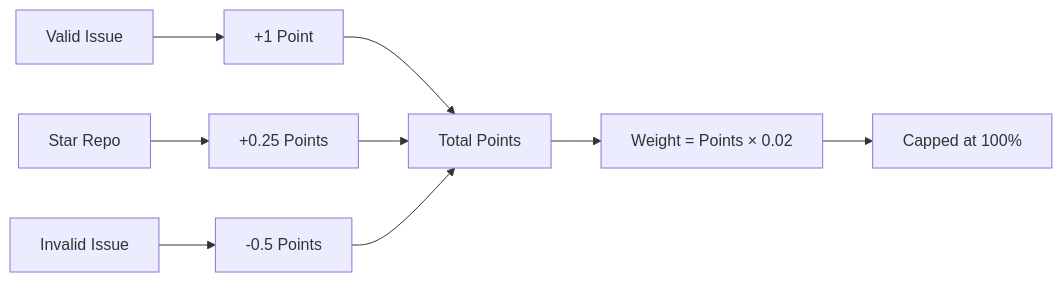
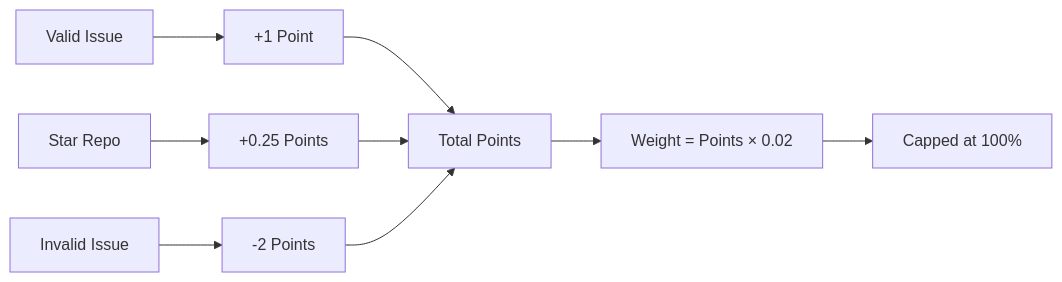
The diagram in docs/reference/scoring.md (PlatformNetwork/bounty-challenge), drawn with Mermaid before and after one commit. The commit also changed other lines of this file and 4 other files, not shown here.

First line of the commit message:
feat: update invalid issue penalty from 0.5 to 2.0

````diff
--- a/docs/reference/scoring.md
+++ b/docs/reference/scoring.md
@@ -256,11 +256,11 @@
 ```mermaid
 flowchart LR
     A["Valid Issue"] --> B["+1 Point"]
     C["Star Repo"] --> D["+0.25 Points"]
-    E["Invalid Issue"] --> F["-0.5 Points"]
+    E["Invalid Issue"] --> F["-2 Points"]
     B --> G["Total Points"]
     D --> G
     F --> G
     G --> H["Weight = Points × 0.02"]
     H --> I["Capped at 100%"]
 ```
````
